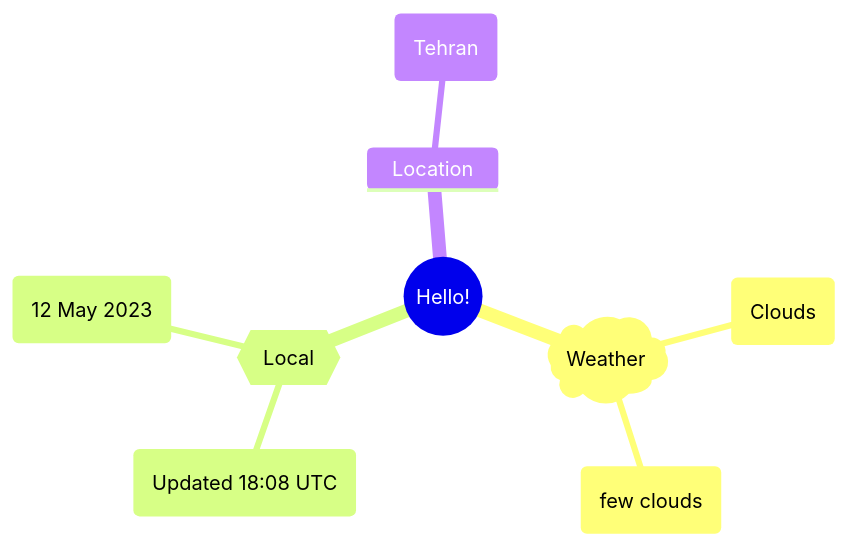
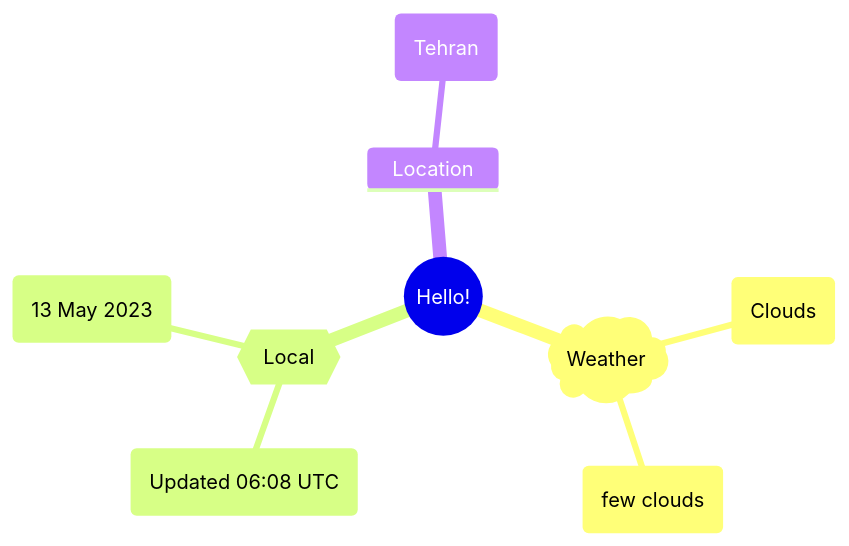
Before and after one commit to Xosrov/Xosrov: the first of 2 diagrams in README.md, drawn with Mermaid.

Commit message:
[bot] updated images

````diff
--- a/README.md
+++ b/README.md
@@ -3,12 +3,12 @@
 ```mermaid
 mindmap
   root((Hello!))
     )Weather(
         (Clouds)
         (few clouds)
     {{Local}}
-        (Updated 18:08 UTC)
-        (12 May 2023)
+        (Updated 06:08 UTC)
+        (13 May 2023)
     Location
         (Tehran)
 ```
````
